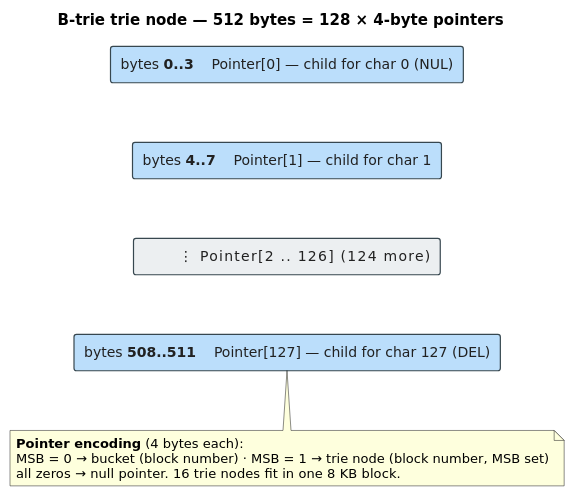
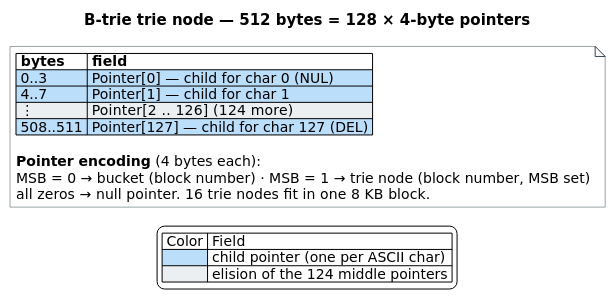
Before and after one commit to vinary-tree/libdictenstein: the diagram in docs/diagrams/src/btrie-trie-node-layout.puml, drawn with PlantUML. The commit also changed 80 other files, not shown here.

First line of the commit message:
docs: diagram contiguity/swatch overhaul + persistence-doc correctness review

```diff
--- a/docs/diagrams/src/btrie-trie-node-layout.puml
+++ b/docs/diagrams/src/btrie-trie-node-layout.puml
@@ -1,37 +1,42 @@
 @startuml btrie-trie-node-layout
 ' ============================================================================
 ' btrie-trie-node-layout.puml — the B-trie trie node (512 bytes = 128 × 4-byte ptrs).
 ' Source: docs/theory/disk-tries/02-b-trie.md (Askitis & Zobel 2009), § Page Layout.
-' Replaces the ASCII byte-layout box with a compact, colored, viewBox'd byte-field.
+' Drawn as a CONTIGUOUS colored byte table (offset column + field column) hosted in
+' a floating note; rows share borders (no gaps). The 124 middle pointers are elided
+' in one grey row; the pointer encoding is preserved as a text block below the table.
+' Full-cell color via Creole |<#hex>| cells.
 ' Color key:  blue #BBDEFB  child pointers (one per ASCII char)
 '             grey #ECEFF1  elision of the 124 middle pointers
 ' ============================================================================
 skinparam defaultFontSize 14
 skinparam shadowing false
 skinparam backgroundColor #FFFFFF
 skinparam defaultFontName "DejaVu Sans"
-skinparam rectangle {
+skinparam TitleFontSize 15
+skinparam noteFontSize 14
+skinparam note {
+  BackgroundColor #FFFFFF
   BorderColor #37474F
-  FontColor #212121
-  BorderThickness 1.2
 }
-skinparam noteFontSize 13
-skinparam TitleFontSize 15
 
 title B-trie trie node — 512 bytes = 128 × 4-byte pointers
 
-rectangle "bytes **0..3**    Pointer[0] — child for char 0 (NUL)" as R0 #BBDEFB
-rectangle "bytes **4..7**    Pointer[1] — child for char 1" as R1 #BBDEFB
-rectangle "        ⋮        Pointer[2 .. 126]  (124 more)" as R2 #ECEFF1
-rectangle "bytes **508..511**    Pointer[127] — child for char 127 (DEL)" as R3 #BBDEFB
+note as TN
+|= bytes |= field |
+|<#BBDEFB> 0..3 |<#BBDEFB> Pointer[0] — child for char 0 (NUL) |
+|<#BBDEFB> 4..7 |<#BBDEFB> Pointer[1] — child for char 1 |
+|<#ECEFF1> ⋮ |<#ECEFF1> Pointer[2 .. 126]  (124 more) |
+|<#BBDEFB> 508..511 |<#BBDEFB> Pointer[127] — child for char 127 (DEL) |
 
-R0 -[hidden]down- R1
-R1 -[hidden]down- R2
-R2 -[hidden]down- R3
+**Pointer encoding** (4 bytes each):
+MSB = 0 → bucket (block number) · MSB = 1 → trie node (block number, MSB set)
+all zeros → null pointer.  16 trie nodes fit in one 8 KB block.
+end note
 
-note bottom
-  **Pointer encoding** (4 bytes each):
-  MSB = 0 → bucket (block number) · MSB = 1 → trie node (block number, MSB set)
-  all zeros → null pointer.  16 trie nodes fit in one 8 KB block.
-end note
+legend bottom
+| Color | Field |
+|<#BBDEFB>| child pointer (one per ASCII char) |
+|<#ECEFF1>| elision of the 124 middle pointers |
+endlegend
 @enduml
```
